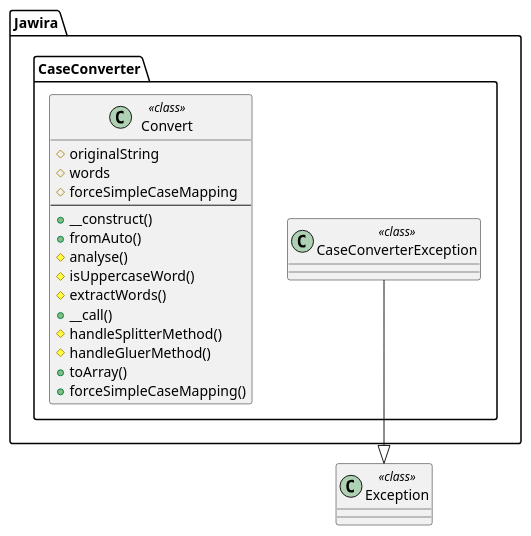
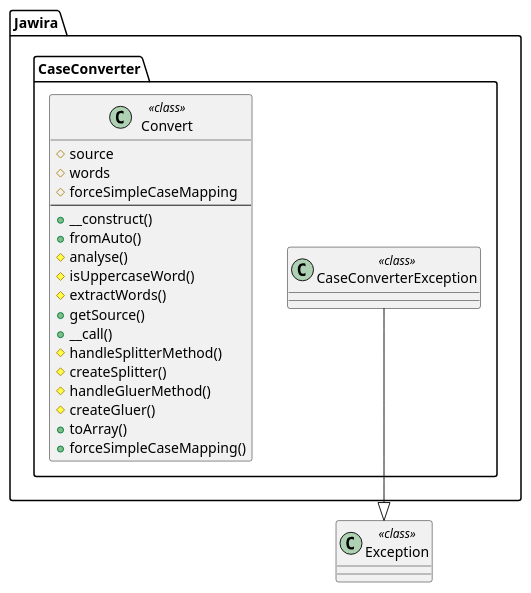
One commit to jawira/case-converter changed the diagram in docs/images/uml-case-converter.puml. Above: the diagram before and after it, drawn with PlantUML. The commit also changed 2 other files, not shown here.

```diff
--- a/docs/images/uml-case-converter.puml
+++ b/docs/images/uml-case-converter.puml
@@ -1,25 +1,28 @@
 @startuml
 namespace Jawira.CaseConverter  {
 	class CaseConverterException << class >> {
 	}
 	class Convert << class >> {
-		#originalString
+		#source
 		#words
 		#forceSimpleCaseMapping
 		--
 		+__construct()
 		+fromAuto()
 		#analyse()
 		#isUppercaseWord()
 		#extractWords()
+		+getSource()
 		+__call()
 		#handleSplitterMethod()
+		#createSplitter()
 		#handleGluerMethod()
+		#createGluer()
 		+toArray()
 		+forceSimpleCaseMapping()
 	}
 }
 	class Exception << class >> {
 	}
 Jawira.CaseConverter.CaseConverterException --|> Exception
 @enduml
```
